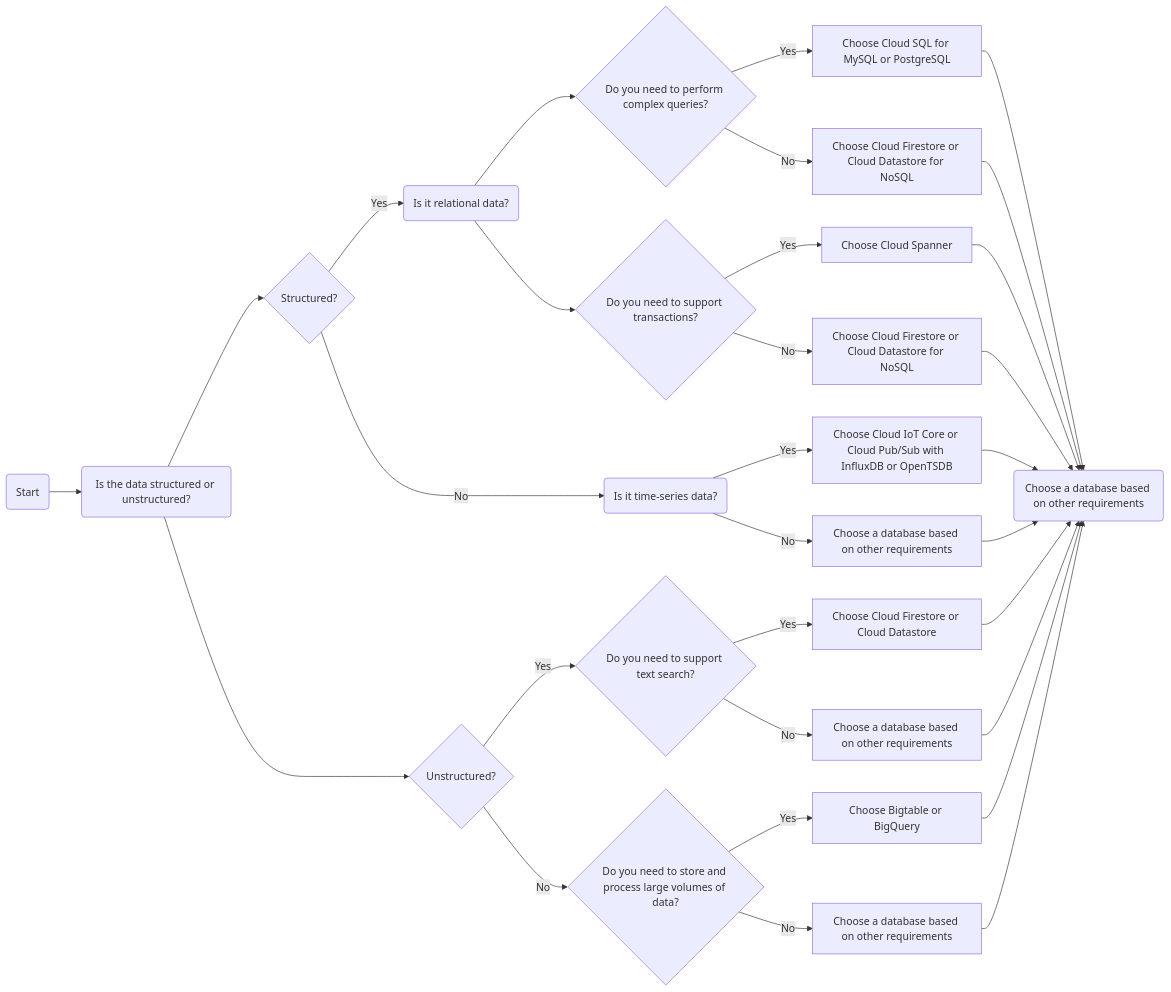
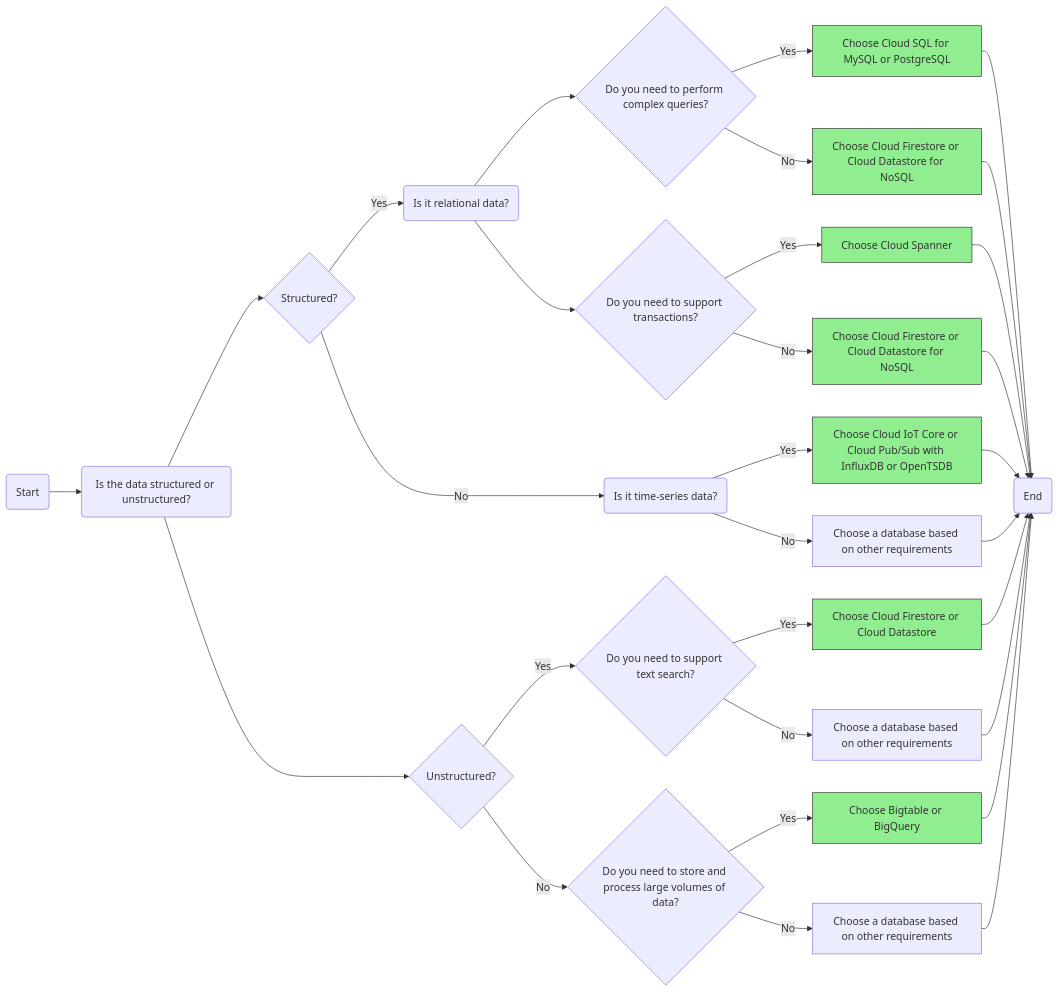
Before and after one commit to anuragsingh1987/staging: the diagram in test.md, drawn with Mermaid.

````diff
--- a/test.md
+++ b/test.md
@@ -1,33 +1,41 @@
 ```mermaid
 graph LR
     A(Start) --> B(Is the data structured or unstructured?)
     B --> C{Structured?}
     C --> |Yes| D(Is it relational data?)
     D --> E{Do you need to perform complex queries?}
     E --> |Yes| F[Choose Cloud SQL for MySQL or PostgreSQL]
     E --> |No| G[Choose Cloud Firestore or Cloud Datastore for NoSQL]
     D --> H{Do you need to support transactions?}
     H --> |Yes| I[Choose Cloud Spanner]
     H --> |No| J[Choose Cloud Firestore or Cloud Datastore for NoSQL]
     C --> |No| K(Is it time-series data?)
     K --> |Yes| L[Choose Cloud IoT Core or Cloud Pub/Sub with InfluxDB or OpenTSDB]
     K --> |No| M[Choose a database based on other requirements]
     B --> N{Unstructured?}
     N --> |Yes| O{Do you need to support text search?}
     O --> |Yes| P[Choose Cloud Firestore or Cloud Datastore]
     O --> |No| Q[Choose a database based on other requirements]
     N --> |No| R{Do you need to store and process large volumes of data?}
     R --> |Yes| S[Choose Bigtable or BigQuery]
     R --> |No| T[Choose a database based on other requirements]
     T --> Z(End)
     Q --> Z(End)
     S --> Z(End)
     F --> Z(End)
-    G --> Z(Choose Cloud Firestore or Cloud Datastore for NoSQL)
-    I --> Z(Choose Cloud Spanner for transactions)
-    J --> Z(Choose Cloud Firestore or Cloud Datastore for NoSQL)
-    L --> Z(Choose Cloud IoT Core or Cloud Pub/Sub with InfluxDB or OpenTSDB for time-series data)
-    P --> Z(Choose Cloud Firestore or Cloud Datastore for text search)
-    M --> Z(Choose a database based on other requirements)
+    G --> Z(End)
+    I --> Z(End)
+    J --> Z(End)
+    L --> Z(End)
+    P --> Z(End)
+    M --> Z(End)
+
+    style F fill:lightgreen,stroke:#333,stroke-width:1px;
+    style G fill:lightgreen,stroke:#333,stroke-width:1px;
+    style I fill:lightgreen,stroke:#333,stroke-width:1px;
+    style J fill:lightgreen,stroke:#333,stroke-width:1px;
+    style L fill:lightgreen,stroke:#333,stroke-width:1px;
+    style P fill:lightgreen,stroke:#333,stroke-width:1px;
+    style S fill:lightgreen,stroke:#333,stroke-width:1px;
 
 ```
````
